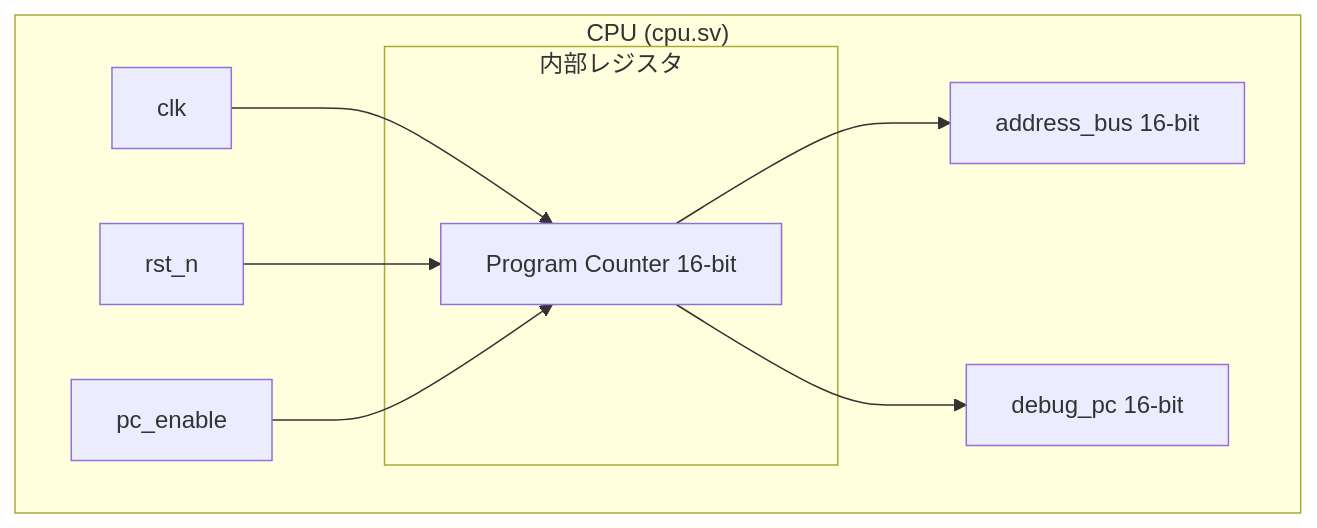
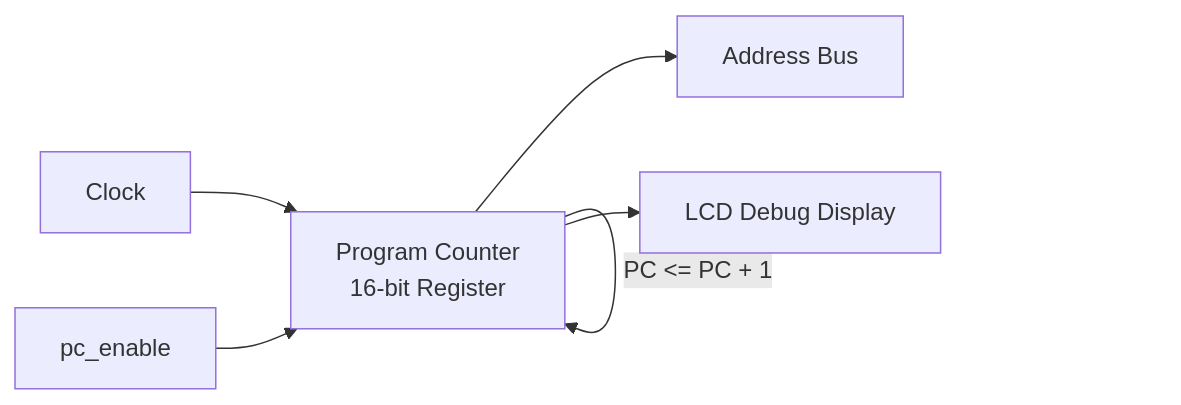
One commit to sokoide/tangnano_6502_cpu changed the diagram in day05/README_ja.md. Above: the diagram before and after it, drawn with Mermaid. The commit also changed other lines of this file and 12 other files, not shown here.

````diff
--- a/day05/README_ja.md
+++ b/day05/README_ja.md
@@ -34,15 +42,8 @@
 ```mermaid
-graph TD
-    subgraph "CPU (cpu.sv)"
-        subgraph "内部レジスタ"
-            PC[Program Counter 16-bit]
-        end
-        
-        CLK[clk] --> PC
-        RST[rst_n] --> PC
-        EN[pc_enable] --> PC
-        
-        PC --> AB[address_bus 16-bit]
-        PC --> DPC[debug_pc 16-bit]
-    end
+graph LR
+    CLK[Clock] --> PC[Program Counter<br/>16-bit Register]
+    PC_EN[pc_enable] --> PC
+    PC -->|"PC <= PC + 1"| PC
+    PC --> ADDR[Address Bus]
+    PC --> DISP[LCD Debug Display]
 ```
````
